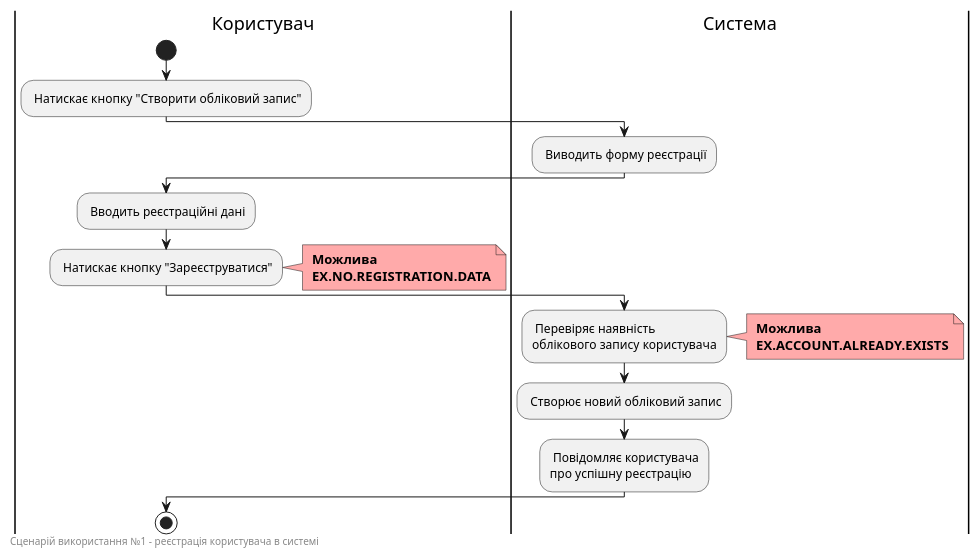
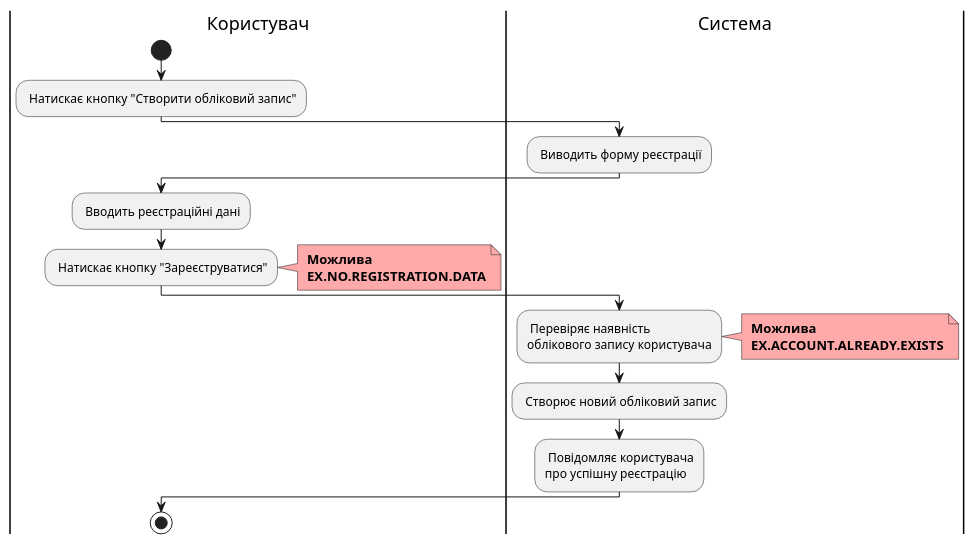
One commit to edu-db/edu_db_labs changed the sixth of 9 diagrams in docs/use cases/README.md. Above: the diagram before and after it, drawn with PlantUML. The commit also changed other lines of this file and 1 other file, not shown here.

Commit message:
edit stakeholders-needs and use-case diagrams

```diff
--- a/docs/use cases/README.md
+++ b/docs/use cases/README.md
@@ -234,37 +241,33 @@
 @startuml
 
     |Користувач|
         start
         : Натискає кнопку "Створити обліковий запис";
         
     |Система|
         : Виводить форму реєстрації;
 
     |Користувач|
         : Вводить реєстраційні дані;
         : Натискає кнопку "Зареєструватися";
         note right #ffaaaa
         <b> Можлива
         <b> EX.NO.REGISTRATION.DATA
         end note
         
     |Система|
         : Перевіряє наявність
         облікового запису користувача;
         note right #ffaaaa
         <b> Можлива
         <b> EX.ACCOUNT.ALREADY.EXISTS
         end note
         
         : Створює новий обліковий запис;
         : Повідомляє користувача 
         про успішну реєстрацію;
 
     |Користувач|
         stop;
 
-    left footer
-        Сценарій використання №1 - реєстрація користувача в системі
-    end footer
-
 @enduml
```
